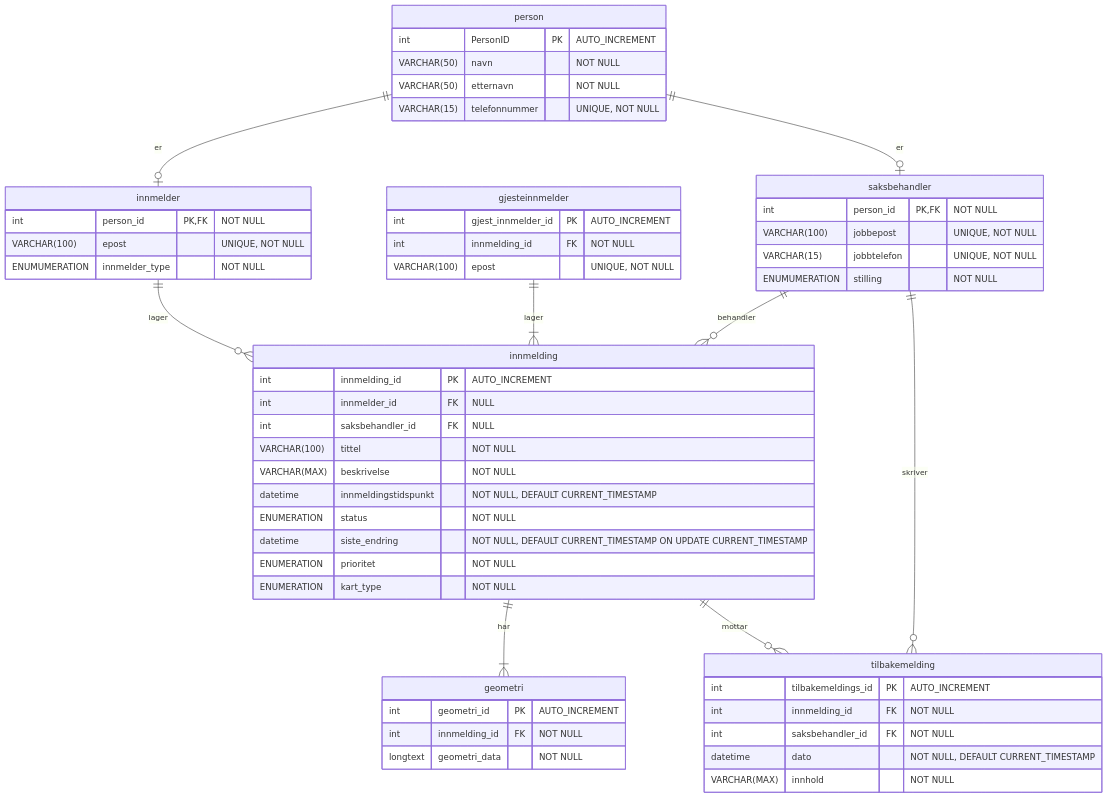
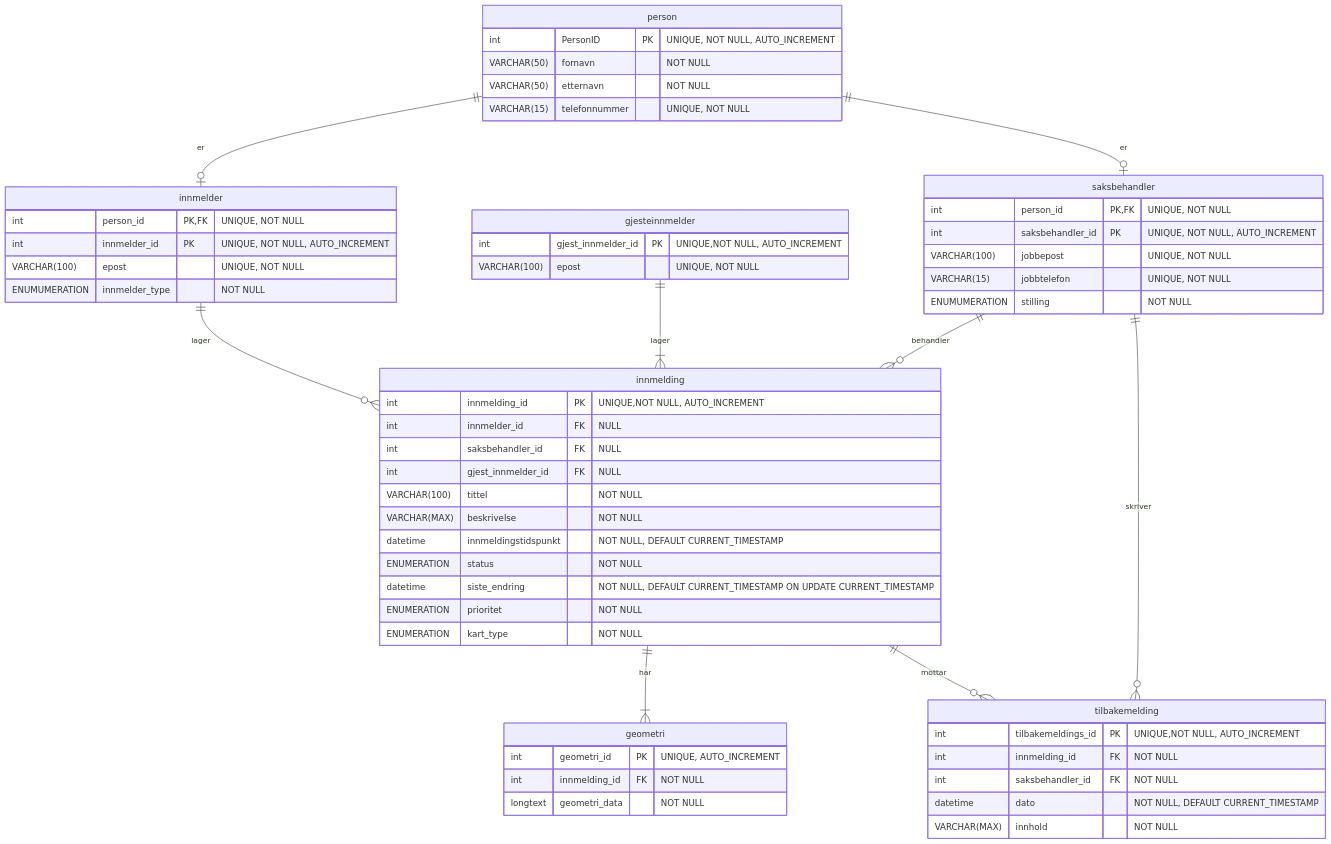
One commit to Kristiann96/Gruppe10KV changed the diagram in Gruppe10KVprototype/ER og UML diagrammer/ERG10KV6.mmd. Above: the diagram before and after it, drawn with Mermaid. The commit also changed 3 other files, not shown here.

Commit message:
Lagt til PK for saksbehandler og innmelder tabeller fjernet Innmelding FK fra gjesteinnmelder tabell Lagt til gjesteinnmelder FK i Innmelding tabell

```diff
--- a/Gruppe10KVprototype/ER og UML diagrammer/ERG10KV6.mmd
+++ b/Gruppe10KVprototype/ER og UML diagrammer/ERG10KV6.mmd
@@ -1,59 +1,59 @@
 erDiagram
 
     person {
-        int PersonID PK "AUTO_INCREMENT"
-        VARCHAR(50) navn "NOT NULL"
+        int PersonID PK "UNIQUE, NOT NULL, AUTO_INCREMENT"
+        VARCHAR(50) fornavn "NOT NULL"
         VARCHAR(50) etternavn "NOT NULL"
         VARCHAR(15) telefonnummer "UNIQUE, NOT NULL"
     }
     person ||--|O innmelder : "er"
     person ||--|O saksbehandler : "er"
     innmelder ||--o{ innmelding : "lager"
-    gjesteinnmelder ||--|{ innmelding : "lager"
-    gjesteinnmelder {
-        int gjest_innmelder_id PK "AUTO_INCREMENT"
-        int innmelding_id FK "NOT NULL"
-        VARCHAR(100) epost "UNIQUE, NOT NULL"
-    }
-
     innmelder {
-        int person_id PK, FK "NOT NULL"
+        int person_id PK, FK "UNIQUE, NOT NULL"
+        int innmelder_id PK "UNIQUE, NOT NULL, AUTO_INCREMENT"
         VARCHAR(100) epost "UNIQUE, NOT NULL"
         ENUMUMERATION innmelder_type "NOT NULL"
     }
-
+    gjesteinnmelder ||--|{ innmelding : "lager"
+    gjesteinnmelder {
+        int gjest_innmelder_id PK "UNIQUE,NOT NULL, AUTO_INCREMENT"
+        VARCHAR(100) epost "UNIQUE, NOT NULL"
+    }
     saksbehandler ||--o{ innmelding : "behandler"
     saksbehandler {
-        int person_id PK, FK "NOT NULL"
+        int person_id PK, FK "UNIQUE, NOT NULL"
+        int saksbehandler_id PK "UNIQUE, NOT NULL, AUTO_INCREMENT"
         VARCHAR(100) jobbepost "UNIQUE, NOT NULL"
         VARCHAR(15) jobbtelefon "UNIQUE, NOT NULL"
         ENUMUMERATION stilling "NOT NULL"
-    }
+    }      
     innmelding ||--|{ geometri : "har"
     innmelding ||--o{ tilbakemelding : "mottar"    
     innmelding {
-        int innmelding_id PK "AUTO_INCREMENT"
+        int innmelding_id PK "UNIQUE,NOT NULL, AUTO_INCREMENT"
         int innmelder_id FK "NULL"
         int saksbehandler_id FK "NULL"
+        int gjest_innmelder_id FK "NULL"
         VARCHAR(100) tittel "NOT NULL"
         VARCHAR(MAX) beskrivelse "NOT NULL"
         datetime innmeldingstidspunkt "NOT NULL, DEFAULT CURRENT_TIMESTAMP"
         ENUMERATION status "NOT NULL"
         datetime siste_endring "NOT NULL, DEFAULT CURRENT_TIMESTAMP ON UPDATE CURRENT_TIMESTAMP"
         ENUMERATION prioritet "NOT NULL"
         ENUMERATION kart_type "NOT NULL"
     }    
     geometri {
-        int geometri_id PK "AUTO_INCREMENT"
+        int geometri_id PK "UNIQUE, AUTO_INCREMENT"
         int innmelding_id FK "NOT NULL"
         longtext geometri_data "NOT NULL"
         
     }
     tilbakemelding {
-        int tilbakemeldings_id PK "AUTO_INCREMENT"
+        int tilbakemeldings_id PK "UNIQUE,NOT NULL, AUTO_INCREMENT"
         int innmelding_id FK "NOT NULL"
         int saksbehandler_id FK "NOT NULL"
         datetime dato "NOT NULL, DEFAULT CURRENT_TIMESTAMP"
         VARCHAR(MAX) innhold "NOT NULL"
     }
     saksbehandler ||--o{ tilbakemelding : "skriver"
```
